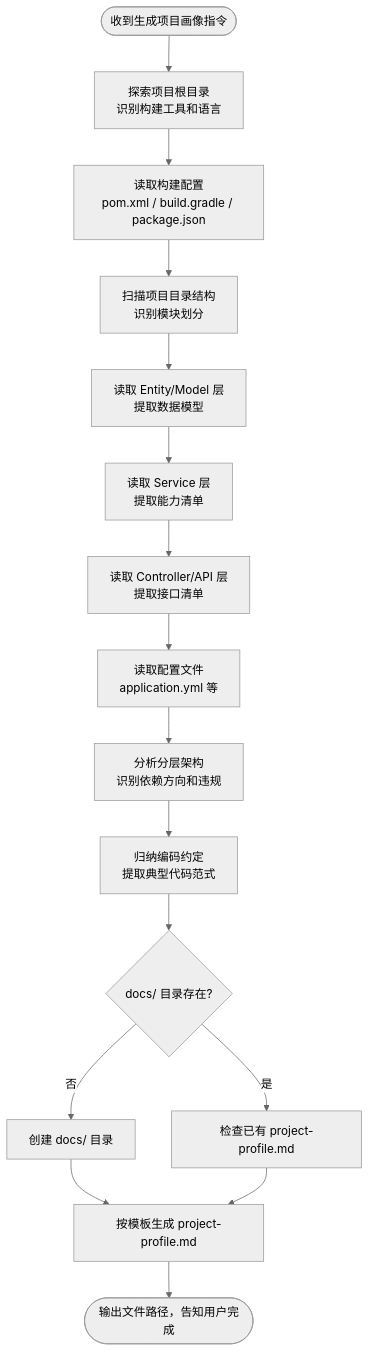
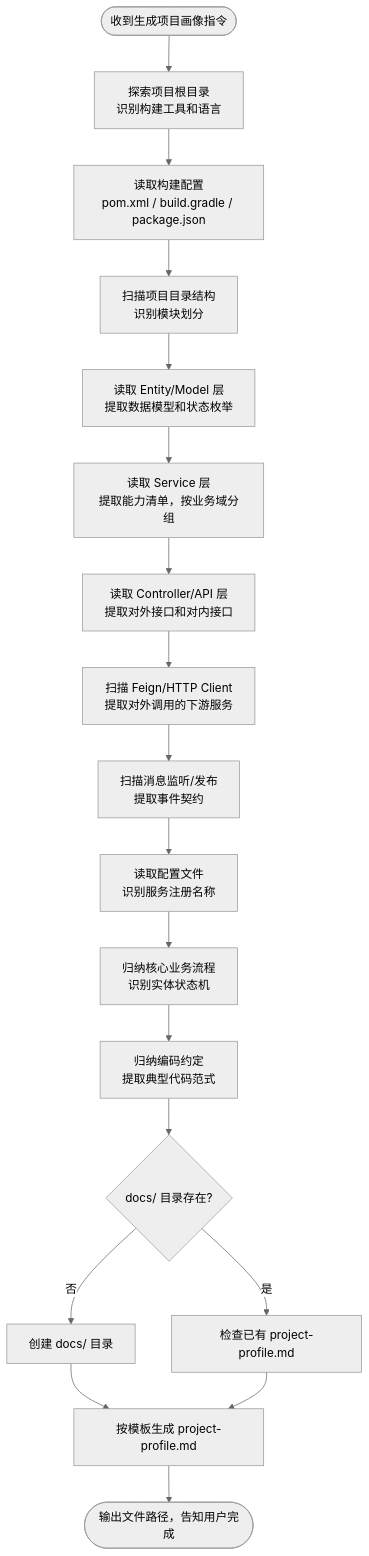
One commit to exception-coder/team-standards changed the diagram in skills/generate-project-profile/SKILL.md. Above: the diagram before and after it, drawn with Mermaid (neutral theme). The commit also changed other lines of this file, not shown here.

````diff
--- a/skills/generate-project-profile/SKILL.md
+++ b/skills/generate-project-profile/SKILL.md
@@ -41,18 +44,20 @@
 ```mermaid
 flowchart TD
-    A(["收到生成项目画像指令"]) --> B["探索项目根目录\n识别构建工具和语言"]
-    B --> C["读取构建配置\npom.xml / build.gradle / package.json"]
-    C --> D["扫描项目目录结构\n识别模块划分"]
-    D --> E["读取 Entity/Model 层\n提取数据模型"]
-    E --> F["读取 Service 层\n提取能力清单"]
-    F --> G["读取 Controller/API 层\n提取接口清单"]
-    G --> H["读取配置文件\napplication.yml 等"]
-    H --> I["分析分层架构\n识别依赖方向和违规"]
-    I --> J["归纳编码约定\n提取典型代码范式"]
+    A(["收到生成项目画像指令"]) --> B["探索项目根目录<br/>识别构建工具和语言"]
+    B --> C["读取构建配置<br/>pom.xml / build.gradle / package.json"]
+    C --> D["扫描项目目录结构<br/>识别模块划分"]
+    D --> E["读取 Entity/Model 层<br/>提取数据模型和状态枚举"]
+    E --> F["读取 Service 层<br/>提取能力清单，按业务域分组"]
+    F --> G["读取 Controller/API 层<br/>提取对外接口和对内接口"]
+    G --> G2["扫描 Feign/HTTP Client<br/>提取对外调用的下游服务"]
+    G2 --> G3["扫描消息监听/发布<br/>提取事件契约"]
+    G3 --> H["读取配置文件<br/>识别服务注册名称"]
+    H --> I["归纳核心业务流程<br/>识别实体状态机"]
+    I --> J["归纳编码约定<br/>提取典型代码范式"]
     J --> K{"docs/ 目录存在?"}
     K -->|否| L["创建 docs/ 目录"]
     K -->|是| M["检查已有 project-profile.md"]
     L --> N["按模板生成 project-profile.md"]
     M --> N
     N --> O(["输出文件路径，告知用户完成"])
 ```
````
